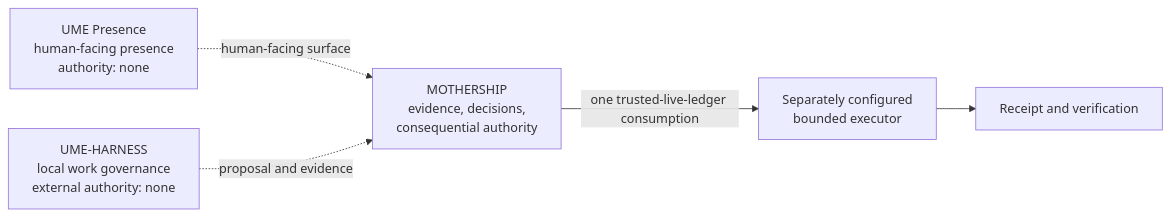
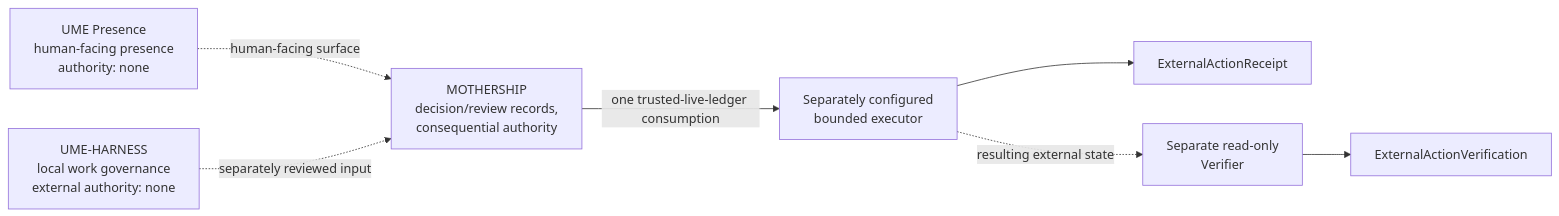
The first of 3 diagrams in docs/architecture.md (UMEBOSHIISAN/mothership), drawn with Mermaid before and after one commit. The commit also changed other lines of this file and 11 other files, not shown here.

Commit message:
feat: add external action boundary contracts

````diff
--- a/docs/architecture.md
+++ b/docs/architecture.md
@@ -9,12 +9,15 @@
 ```mermaid
 flowchart LR
     U[UME Presence<br/>human-facing presence<br/>authority: none]
     H[UME-HARNESS<br/>local work governance<br/>external authority: none]
-    M[MOTHERSHIP<br/>evidence, decisions,<br/>consequential authority]
+    M[MOTHERSHIP<br/>decision/review records,<br/>consequential authority]
     X[Separately configured<br/>bounded executor]
-    V[Receipt and verification]
+    R[ExternalActionReceipt]
+    V[Separate read-only<br/>Verifier]
+    Q[ExternalActionVerification]
 
     U -. human-facing surface .-> M
-    H -. proposal and evidence .-> M
-    M -->|one trusted-live-ledger consumption| X --> V
+    H -. separately reviewed input .-> M
+    M -->|one trusted-live-ledger consumption| X --> R
+    X -. resulting external state .-> V --> Q
 ```
````
